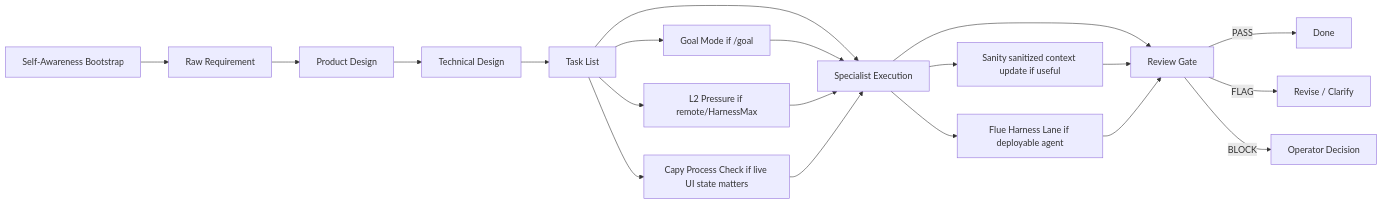
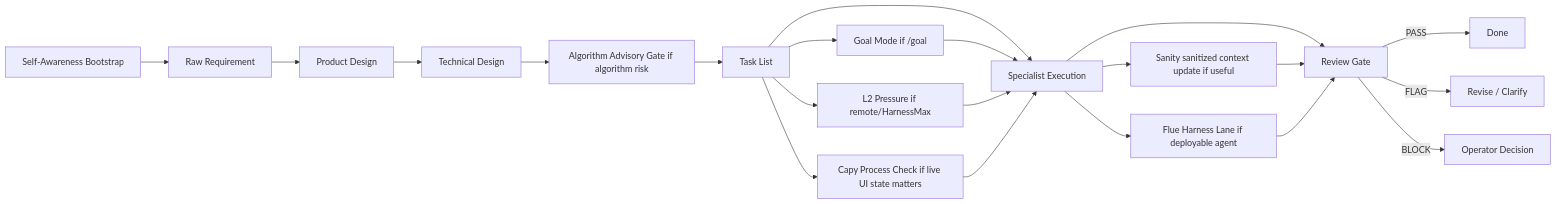
Before and after one commit to Fearvox/multica-ultimate-workbench: the diagram in SYNTHESIS.md, drawn with Mermaid. The commit also changed other lines of this file and 11 other files, not shown here.

Commit message:
docs: add algorithm advisory gate lane

````diff
--- a/SYNTHESIS.md
+++ b/SYNTHESIS.md
@@ -31,22 +35,23 @@
 ```mermaid
 flowchart LR
   Z["Self-Awareness Bootstrap"] --> A["Raw Requirement"]
   A --> B["Product Design"]
   B --> C["Technical Design"]
-  C --> D["Task List"]
+  C --> P["Algorithm Advisory Gate if algorithm risk"]
+  P --> D["Task List"]
   D --> E["Specialist Execution"]
   D --> J["Goal Mode if /goal"]
   D --> K["L2 Pressure if remote/HarnessMax"]
   D --> M["Capy Process Check if live UI state matters"]
   J --> E
   K --> E
   M --> E
   E --> F["Review Gate"]
   E --> N["Sanity sanitized context update if useful"]
   E --> L["Flue Harness Lane if deployable agent"]
   N --> F
   L --> F
   F -->|PASS| G["Done"]
   F -->|FLAG| H["Revise / Clarify"]
   F -->|BLOCK| I["Operator Decision"]
 ```
````
